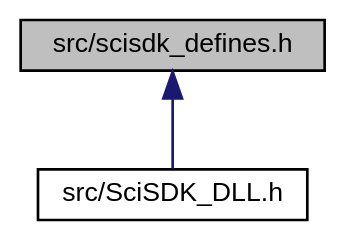
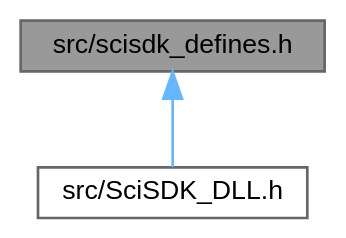
The diagram in scisdk__defines_8h__dep__incl.dot (NuclearInstruments/SCISDK), drawn with Graphviz before and after one commit. The commit also changed 438 other files, not shown here.

```diff
--- a/scisdk__defines_8h__dep__incl.dot
+++ b/scisdk__defines_8h__dep__incl.dot
@@ -1,10 +1,10 @@
 digraph "src/scisdk_defines.h"
 {
  // LATEX_PDF_SIZE
   bgcolor="transparent";
-  edge [fontname="Helvetica",fontsize="10",labelfontname="Helvetica",labelfontsize="10"];
-  node [fontname="Helvetica",fontsize="10",shape=record];
-  Node1 [label="src/scisdk_defines.h",height=0.2,width=0.4,color="black", fillcolor="grey75", style="filled", fontcolor="black",tooltip=" "];
-  Node1 -> Node2 [dir="back",color="midnightblue",fontsize="10",style="solid",fontname="Helvetica"];
-  Node2 [label="src/SciSDK_DLL.h",height=0.2,width=0.4,color="black",URL="$_sci_s_d_k___d_l_l_8h.html",tooltip=" "];
+  edge [fontname=Helvetica,fontsize=10,labelfontname=Helvetica,labelfontsize=10];
+  node [fontname=Helvetica,fontsize=10,shape=box,height=0.2,width=0.4];
+  Node1 [id="Node000001",label="src/scisdk_defines.h",height=0.2,width=0.4,color="gray40", fillcolor="grey60", style="filled", fontcolor="black",tooltip=" "];
+  Node1 -> Node2 [id="edge1_Node000001_Node000002",dir="back",color="steelblue1",style="solid",tooltip=" "];
+  Node2 [id="Node000002",label="src/SciSDK_DLL.h",height=0.2,width=0.4,color="grey40", fillcolor="white", style="filled",URL="$_sci_s_d_k___d_l_l_8h.html",tooltip=" "];
 }
```
